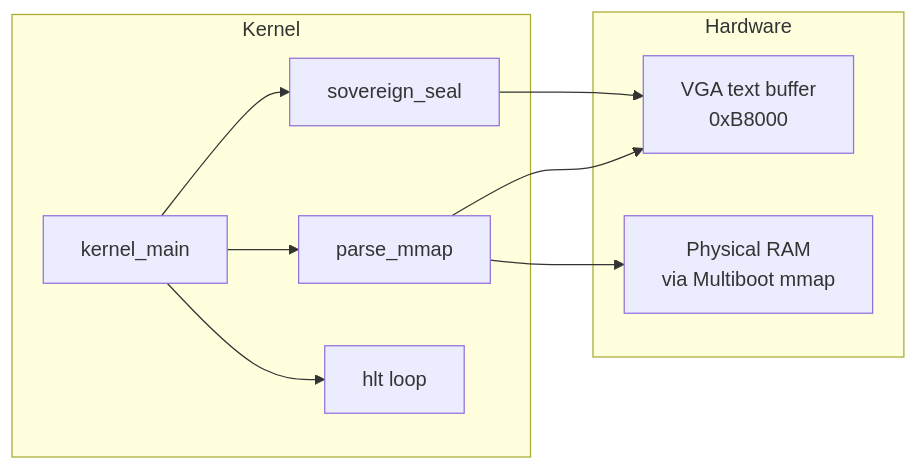
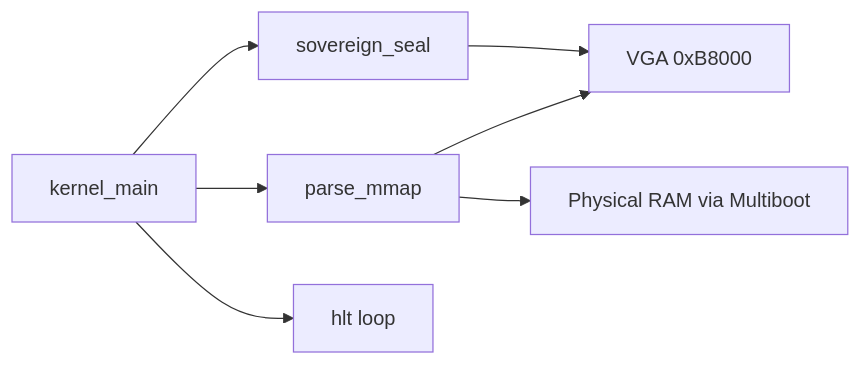
One commit to AHMADALIPARR/preeny-sovereign changed the third of 4 diagrams in docs/ARCHITECTURE.md. Above: the diagram before and after it, drawn with Mermaid. The commit also changed other lines of this file, not shown here.

Commit message:
Slim architecture doc: photos first, fewer tables, clean markup

````diff
--- a/docs/ARCHITECTURE.md
+++ b/docs/ARCHITECTURE.md
@@ -112,21 +70,9 @@
 ```mermaid
 flowchart LR
-    subgraph Hardware
-        VGA["VGA text buffer<br/>0xB8000"]
-        RAM["Physical RAM<br/>via Multiboot mmap"]
-    end
-
-    subgraph Kernel
-        MAIN["kernel_main"]
-        PARSE["parse_mmap"]
-        SEAL["sovereign_seal"]
-        HLT["hlt loop"]
-    end
-
-    MAIN --> SEAL
-    MAIN --> PARSE
-    PARSE --> RAM
-    SEAL --> VGA
+    MAIN[kernel_main] --> SEAL[sovereign_seal]
+    MAIN --> PARSE[parse_mmap]
+    PARSE --> RAM[Physical RAM via Multiboot]
+    SEAL --> VGA["VGA 0xB8000"]
     PARSE --> VGA
-    MAIN --> HLT
+    MAIN --> HLT[hlt loop]
 ```
````
